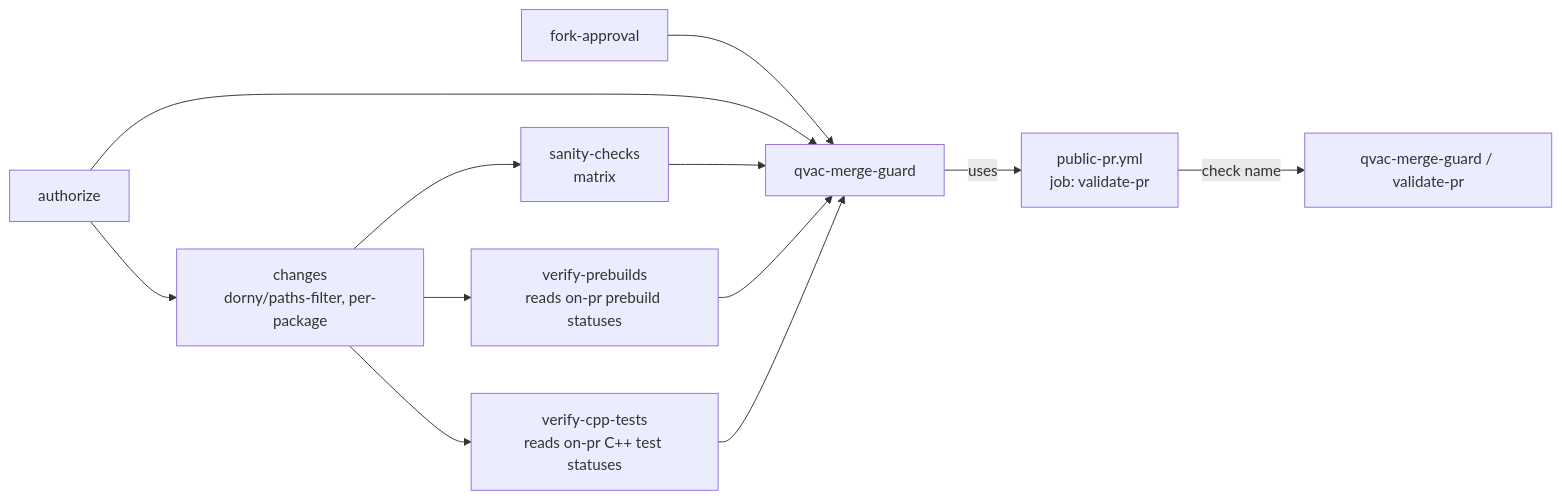
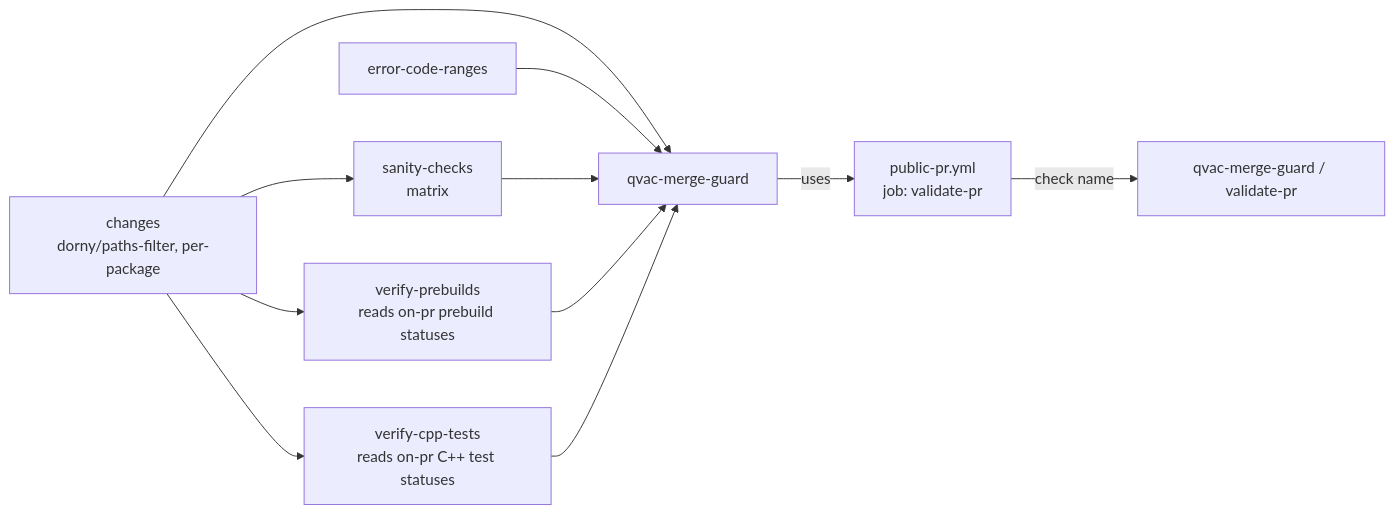
The diagram in docs/ci/MERGE-GUARD.md (tetherto/qvac), drawn with Mermaid before and after one commit. The commit also changed other lines of this file and 40 other files, not shown here.

````diff
--- a/docs/ci/MERGE-GUARD.md
+++ b/docs/ci/MERGE-GUARD.md
@@ -27,14 +27,14 @@
 ```mermaid
 flowchart LR
-    FA[fork-approval] --> QMG[qvac-merge-guard]
-    AUTH[authorize] --> QMG
-    AUTH --> CHANGES[changes<br/>dorny/paths-filter, per-package]
+    CHANGES[changes<br/>dorny/paths-filter, per-package]
     CHANGES --> SC[sanity-checks<br/>matrix]
     CHANGES --> VP[verify-prebuilds<br/>reads on-pr prebuild statuses]
     CHANGES --> VC[verify-cpp-tests<br/>reads on-pr C++ test statuses]
+    CHANGES --> QMG[qvac-merge-guard]
+    ECR[error-code-ranges] --> QMG
     SC --> QMG
     VP --> QMG
     VC --> QMG
     QMG -->|uses| PP[public-pr.yml<br/>job: validate-pr]
     PP -->|check name| CHK["qvac-merge-guard / validate-pr"]
 ```
````
